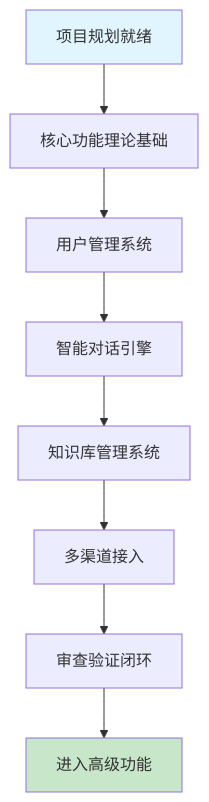
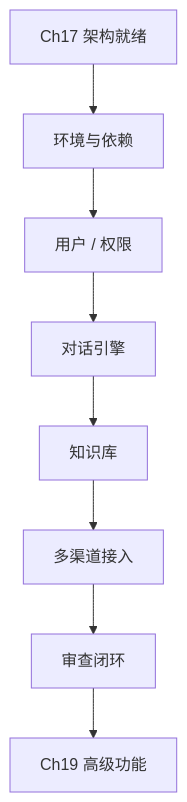
Before and after one commit to ForceInjection/AI-fundamentals: the diagram in 10_ai_related_course/trae/第五部分-综合项目实战/第十八章-核心功能开发.md, drawn with Mermaid. The commit also changed other lines of this file and 3 other files, not shown here.

````diff
--- a/10_ai_related_course/trae/第五部分-综合项目实战/第十八章-核心功能开发.md
+++ b/10_ai_related_course/trae/第五部分-综合项目实战/第十八章-核心功能开发.md
@@ -9,13 +9,10 @@
 ```mermaid
 graph TD
-    A[项目规划就绪] --> B[核心功能理论基础]
-    B --> C[用户管理系统]
-    C --> D[智能对话引擎]
-    D --> E[知识库管理系统]
+    A[Ch17 架构就绪] --> B[环境与依赖]
+    B --> C["用户 / 权限"]
+    C --> D[对话引擎]
+    D --> E[知识库]
     E --> F[多渠道接入]
-    F --> G[审查验证闭环]
-    G --> H[进入高级功能]
-
-    style A fill:#e1f5fe
-    style H fill:#c8e6c9
+    F --> G[审查闭环]
+    G --> H[Ch19 高级功能]
 ```
````
